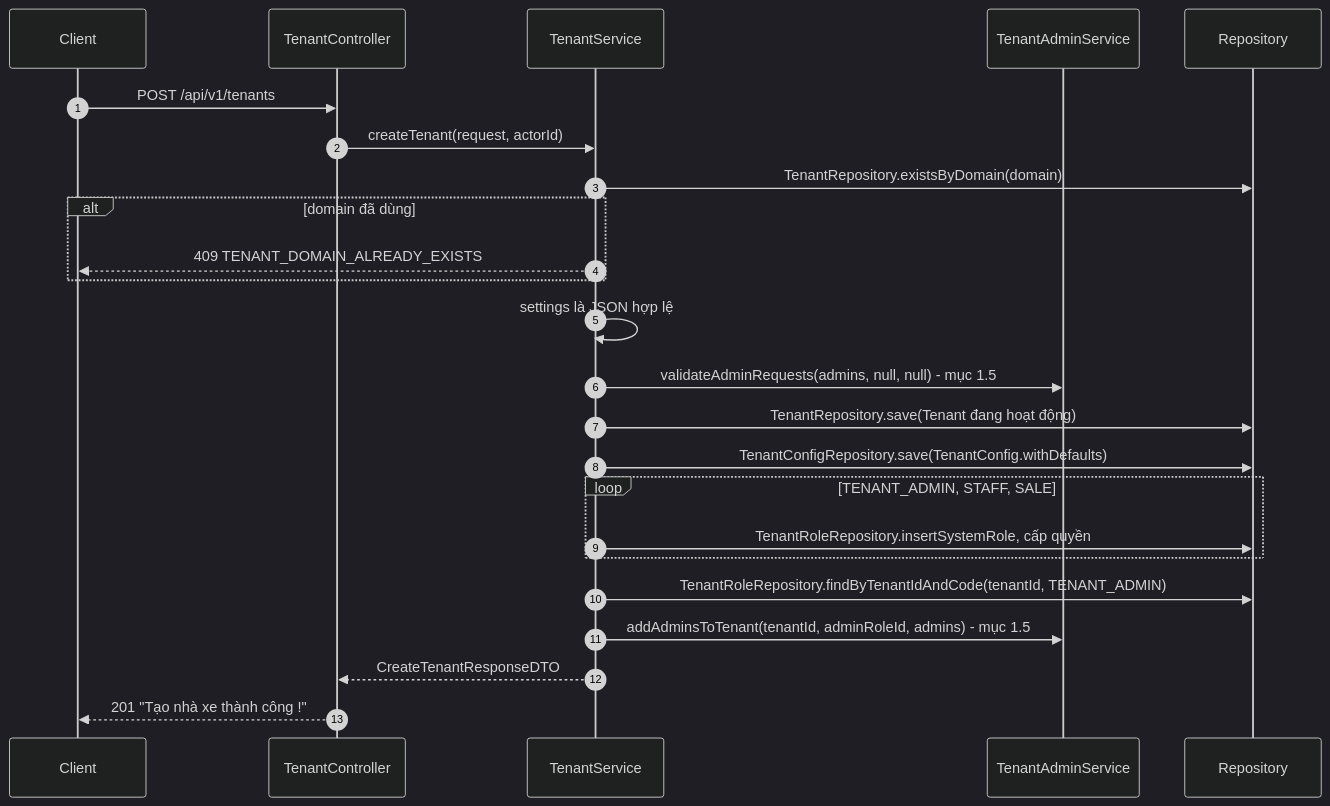
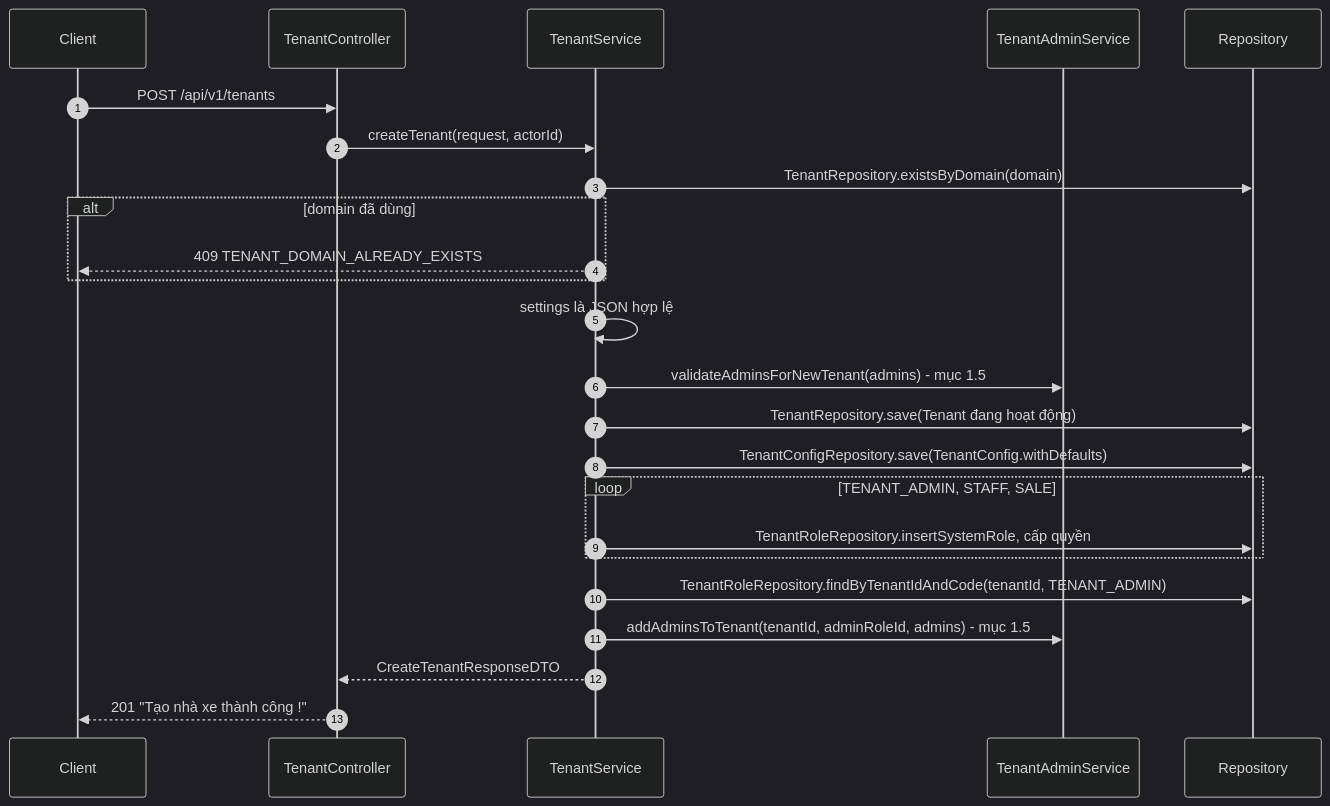
Before and after one commit to foodboi88/car-rental-saas: the third of 11 diagrams in docs/plans/tenant/2026-10-19-tenant-api-spec.md, drawn with Mermaid (dark theme). The commit also changed other lines of this file and 17 other files, not shown here.

````diff
--- a/docs/plans/tenant/2026-10-19-tenant-api-spec.md
+++ b/docs/plans/tenant/2026-10-19-tenant-api-spec.md
@@ -147,26 +147,26 @@
 ```mermaid
 sequenceDiagram
   autonumber
   participant C as Client
   participant K as TenantController
   participant T as TenantService
   participant A as TenantAdminService
   participant R as Repository
   C->>K: POST /api/v1/tenants
   K->>T: createTenant(request, actorId)
   T->>R: TenantRepository.existsByDomain(domain)
   alt domain đã dùng
     T-->>C: 409 TENANT_DOMAIN_ALREADY_EXISTS
   end
   T->>T: settings là JSON hợp lệ
-  T->>A: validateAdminRequests(admins, null, null) - mục 1.5
+  T->>A: validateAdminsForNewTenant(admins) - mục 1.5
   T->>R: TenantRepository.save(Tenant đang hoạt động)
   T->>R: TenantConfigRepository.save(TenantConfig.withDefaults)
   loop TENANT_ADMIN, STAFF, SALE
     T->>R: TenantRoleRepository.insertSystemRole, cấp quyền
   end
   T->>R: TenantRoleRepository.findByTenantIdAndCode(tenantId, TENANT_ADMIN)
   T->>A: addAdminsToTenant(tenantId, adminRoleId, admins) - mục 1.5
   T-->>K: CreateTenantResponseDTO
   K-->>C: 201 "Tạo nhà xe thành công !"
 ```
````
